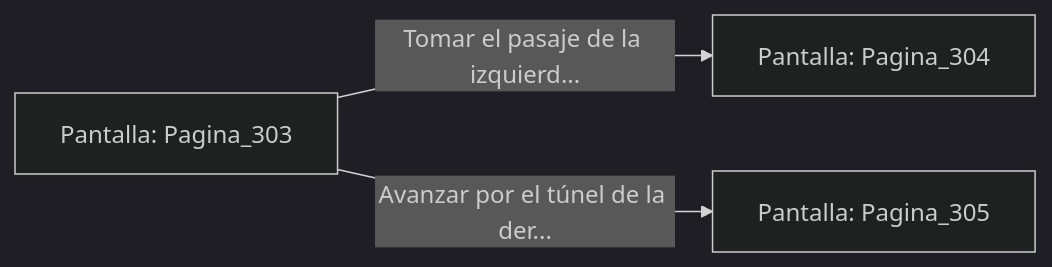
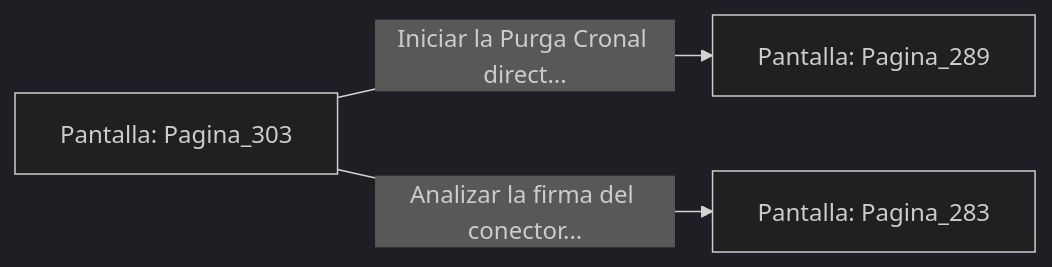
One commit to metsuke/mpl changed the diagram in sample/eligejuego-vault/Pantalla_Pagina_303.md. Above: the diagram before and after it, drawn with Mermaid (dark theme). The commit also changed other lines of this file and 635 other files, not shown here.

First line of the commit message:
fix: añadir Pagina_1 como pantalla inicial en capitulo_01.mpl

````diff
--- a/sample/eligejuego-vault/Pantalla_Pagina_303.md
+++ b/sample/eligejuego-vault/Pantalla_Pagina_303.md
@@ -20,6 +24,6 @@
 ```mermaid
 graph LR
     P_Pagina_303["Pantalla: Pagina_303"]
-    P_Pagina_303 -->|"Tomar el pasaje de la izquierd..."| P_Pagina_304["Pantalla: Pagina_304"]
-    P_Pagina_303 -->|"Avanzar por el túnel de la der..."| P_Pagina_305["Pantalla: Pagina_305"]
+    P_Pagina_303 -->|"Iniciar la Purga Cronal direct..."| P_Pagina_289["Pantalla: Pagina_289"]
+    P_Pagina_303 -->|"Analizar la firma del conector..."| P_Pagina_283["Pantalla: Pagina_283"]
 ```
````
